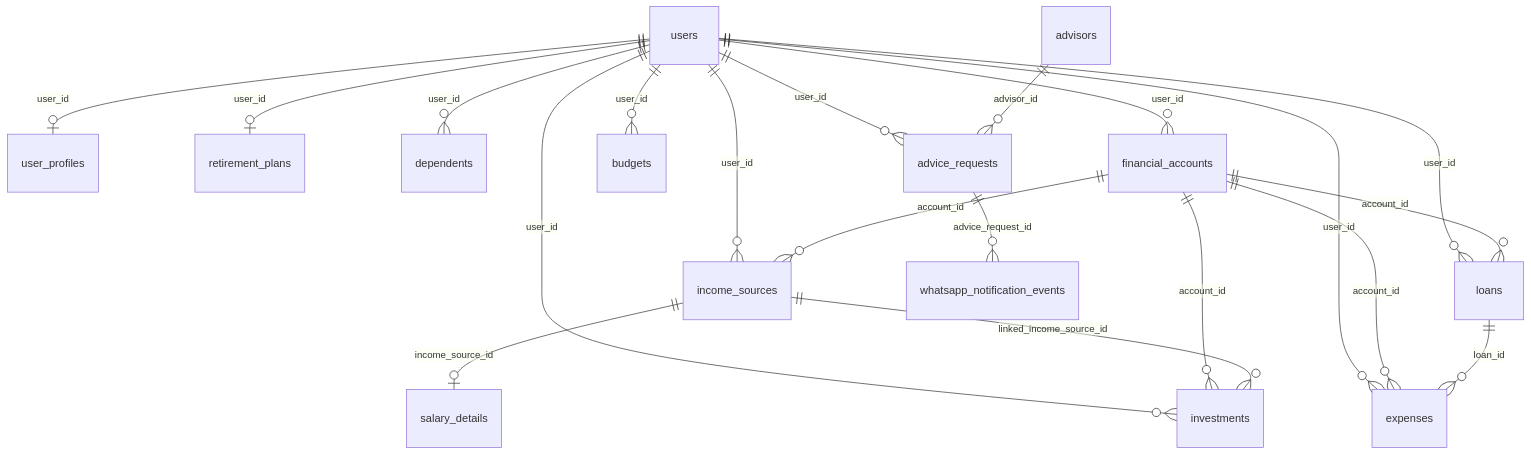
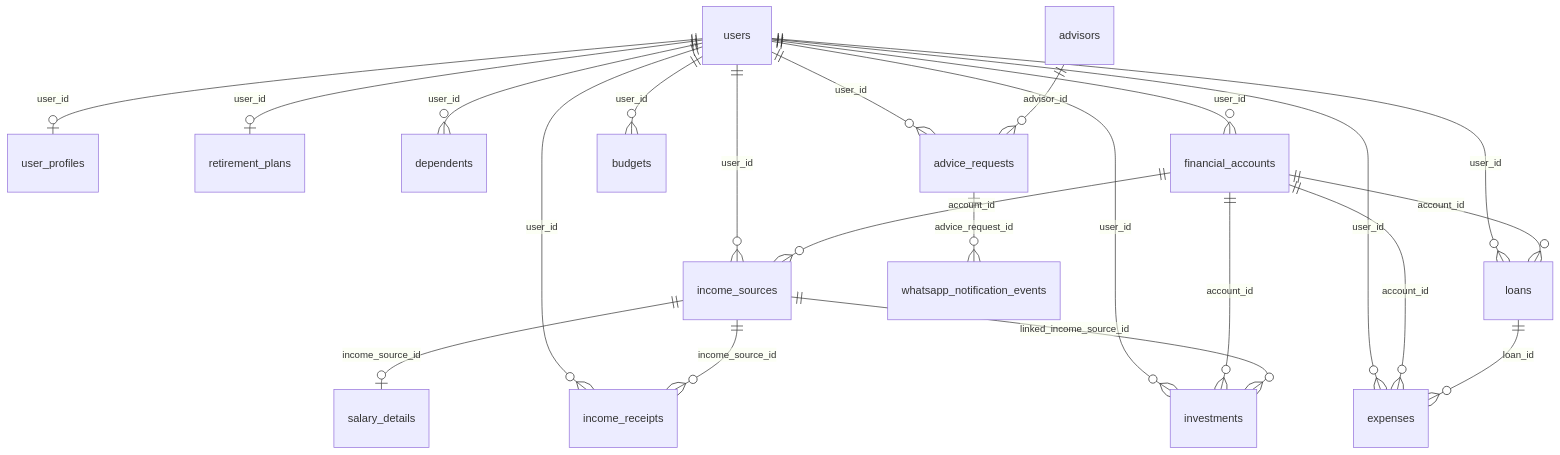
One commit to vikrant1379/ezyretire changed the diagram in lib/db/SCHEMA.md. Above: the diagram before and after it, drawn with Mermaid. The commit also changed other lines of this file and 49 other files, not shown here.

````diff
--- a/lib/db/SCHEMA.md
+++ b/lib/db/SCHEMA.md
@@ -38,22 +43,24 @@
 ```mermaid
 erDiagram
   users ||--o| user_profiles : user_id
   users ||--o| retirement_plans : user_id
   users ||--o{ dependents : user_id
   users ||--o{ financial_accounts : user_id
   users ||--o{ income_sources : user_id
+  users ||--o{ income_receipts : user_id
   users ||--o{ expenses : user_id
   users ||--o{ budgets : user_id
   users ||--o{ investments : user_id
   users ||--o{ loans : user_id
   users ||--o{ advice_requests : user_id
   financial_accounts ||--o{ income_sources : account_id
   financial_accounts ||--o{ loans : account_id
   financial_accounts ||--o{ expenses : account_id
   financial_accounts ||--o{ investments : account_id
   income_sources ||--o| salary_details : income_source_id
+  income_sources ||--o{ income_receipts : income_source_id
   income_sources ||--o{ investments : linked_income_source_id
   loans ||--o{ expenses : loan_id
   advisors ||--o{ advice_requests : advisor_id
   advice_requests ||--o{ whatsapp_notification_events : advice_request_id
 ```
````
